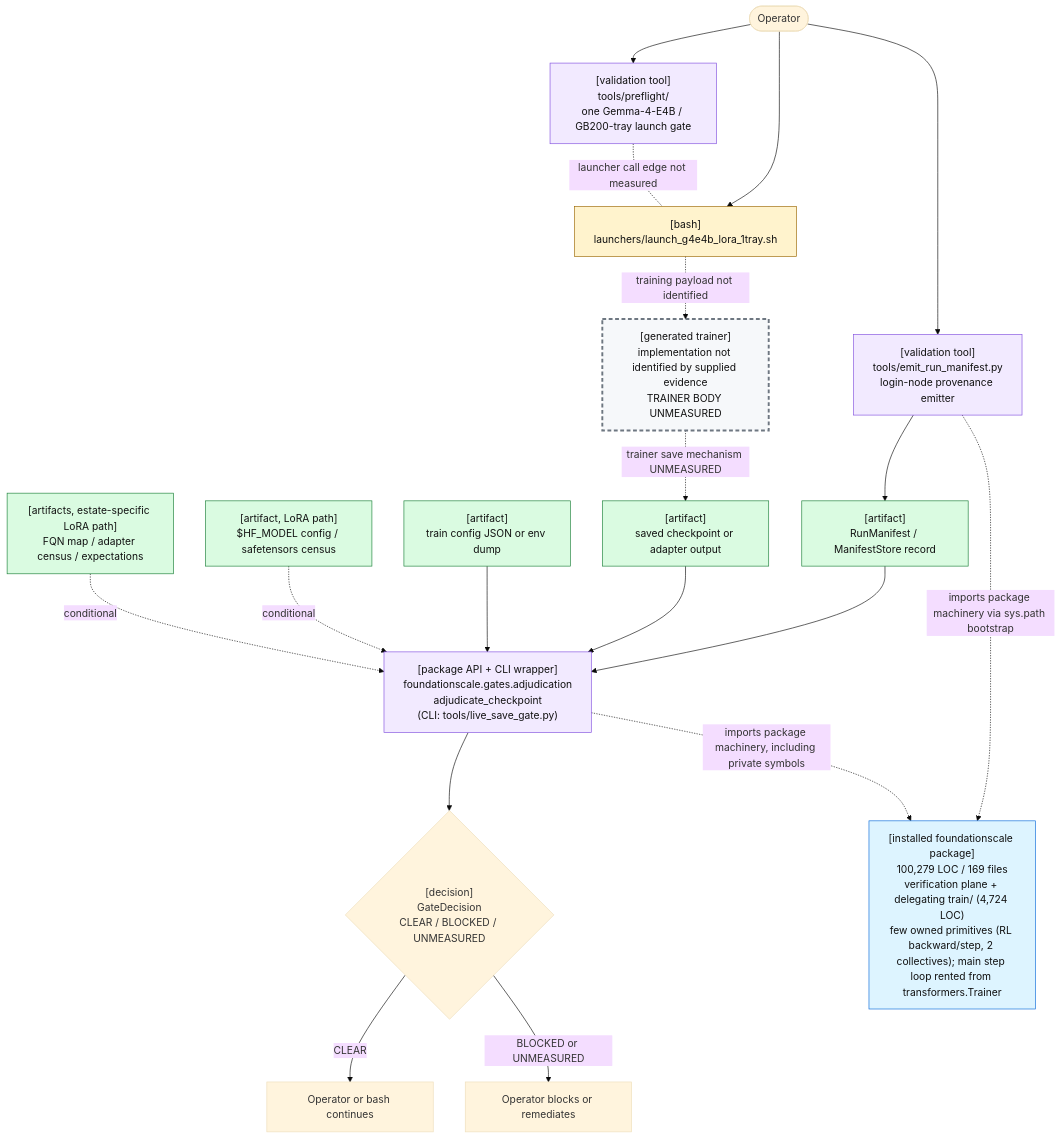
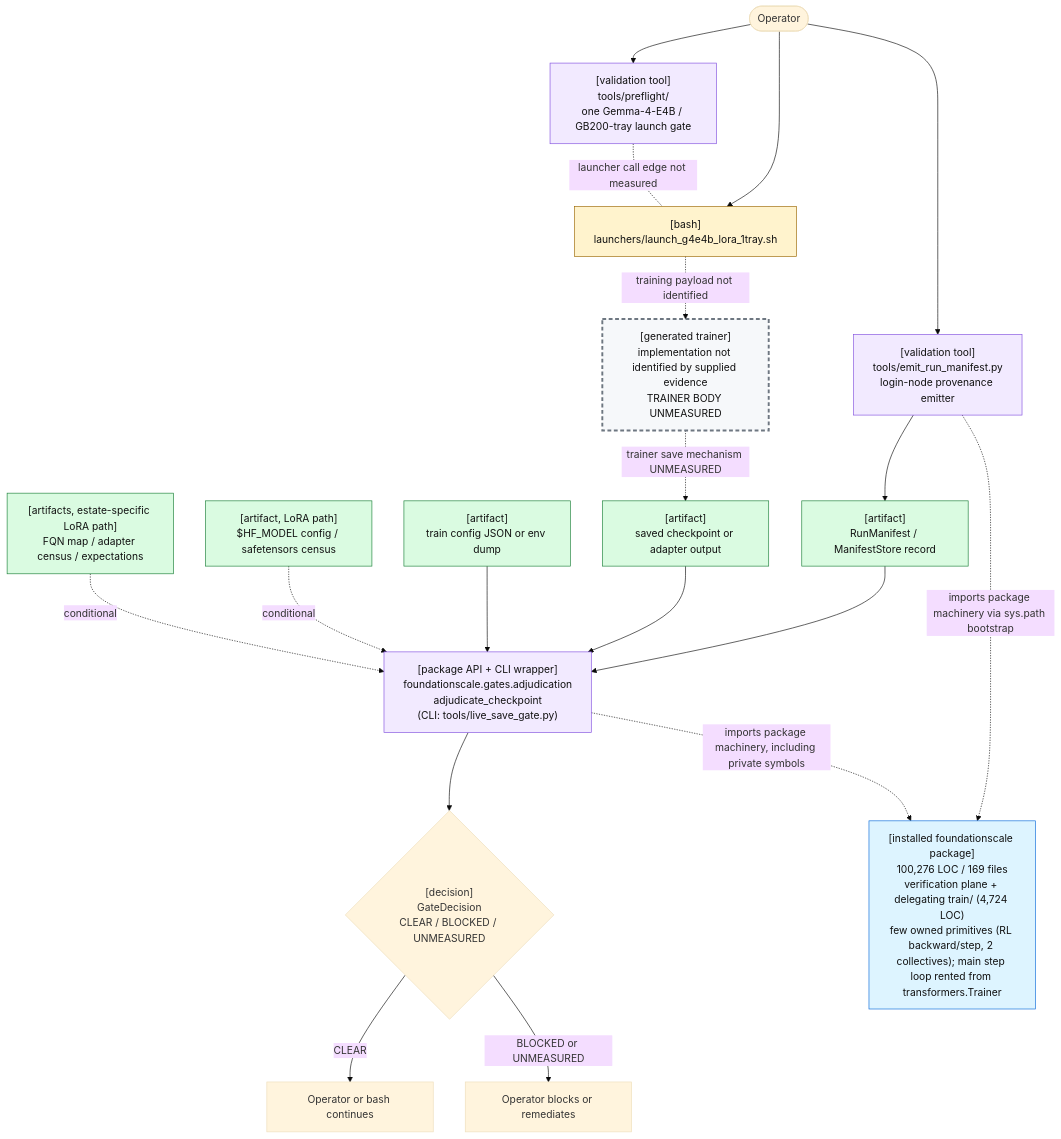
The first of 2 diagrams in docs/review/D2_current_architecture.md (TranNhiem/FoundationScale), drawn with Mermaid (base theme) before and after one commit. The commit also changed other lines of this file and 10 other files, not shown here.

````diff
--- a/docs/review/D2_current_architecture.md
+++ b/docs/review/D2_current_architecture.md
@@ -25,59 +25,59 @@
 ```mermaid
 flowchart TB
   O(["Operator"])
 
   PF["[validation tool]<br/>tools/preflight/<br/>one Gemma-4-E4B / GB200-tray launch gate"]
   L["[bash]<br/>launchers/launch_g4e4b_lora_1tray.sh"]
 
   E["[validation tool]<br/>tools/emit_run_manifest.py<br/>login-node provenance emitter"]
   M["[artifact]<br/>RunManifest / ManifestStore record"]
 
   T["[generated trainer]<br/>implementation not identified by supplied evidence<br/>TRAINER BODY UNMEASURED"]
   C["[artifact]<br/>saved checkpoint or adapter output"]
 
   G["[package API + CLI wrapper]<br/>foundationscale.gates.adjudication<br/>adjudicate_checkpoint<br/>(CLI: tools/live_save_gate.py)"]
   CFG["[artifact]<br/>train config JSON or env dump"]
   BASE["[artifact, LoRA path]<br/>$HF_MODEL config / safetensors census"]
   CEN["[artifacts, estate-specific LoRA path]<br/>FQN map / adapter census / expectations"]
 
   D{"[decision]<br/>GateDecision<br/>CLEAR / BLOCKED / UNMEASURED"}
   OK["Operator or bash continues"]
   NO["Operator blocks or remediates"]
 
-  PKG["[installed foundationscale package]<br/>100,279 LOC / 169 files<br/>verification plane + delegating train/ (4,724 LOC)<br/>few owned primitives (RL backward/step, 2 collectives); main step loop rented from transformers.Trainer"]
+  PKG["[installed foundationscale package]<br/>100,276 LOC / 169 files<br/>verification plane + delegating train/ (4,724 LOC)<br/>few owned primitives (RL backward/step, 2 collectives); main step loop rented from transformers.Trainer"]
 
   O --> PF
   O --> L
   PF -. "launcher call edge not measured" .- L
 
   O --> E
   E --> M
 
   L -. "training payload not identified" .-> T
   T -. "trainer save mechanism UNMEASURED" .-> C
 
   M --> G
   C --> G
   CFG --> G
   BASE -. "conditional" .-> G
   CEN -. "conditional" .-> G
 
   E -. "imports package machinery via sys.path bootstrap" .-> PKG
   G -. "imports package machinery, including private symbols" .-> PKG
 
   G --> D
   D -->|"CLEAR"| OK
   D -->|"BLOCKED or UNMEASURED"| NO
 
   classDef bash fill:#fff3cd,stroke:#9a6700,color:#111;
   classDef tool fill:#f2eaff,stroke:#8250df,color:#111;
   classDef artifact fill:#dafbe1,stroke:#1a7f37,color:#111;
   classDef gap fill:#f6f8fa,stroke:#6e7781,stroke-width:3px,stroke-dasharray: 6 4,color:#111;
   classDef pkg fill:#ddf4ff,stroke:#0969da,color:#111;
 
   class L bash;
   class PF,E,G tool;
   class M,C,CFG,BASE,CEN artifact;
   class T gap;
   class PKG pkg;
 ```
````
